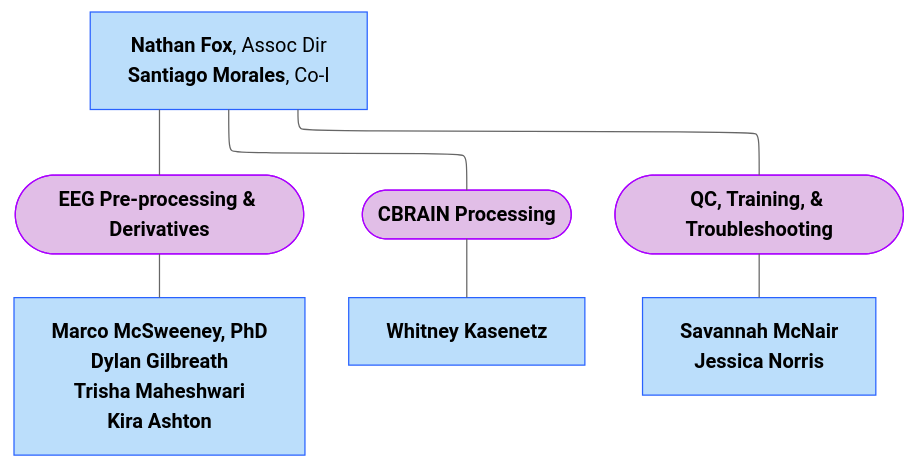
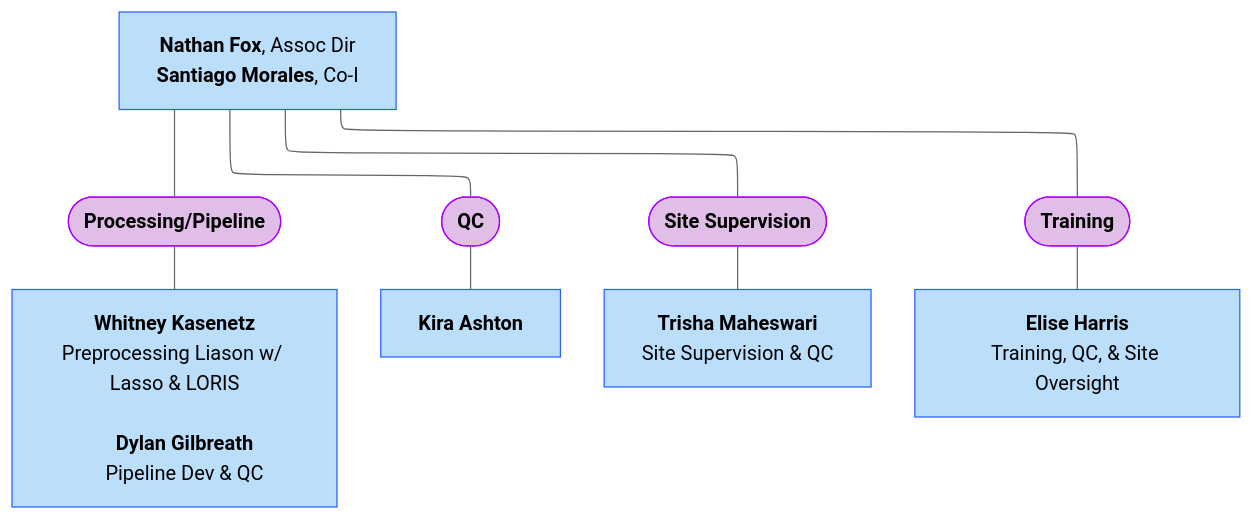
The fourth of 9 diagrams in docs/orgcharts.md (DCAN-Labs/hbcd-docs-internal), drawn with Mermaid (neutral theme) before and after one commit. The commit also changed 1 other file, not shown here.

Commit message:
update EEG

````diff
--- a/docs/orgcharts.md
+++ b/docs/orgcharts.md
@@ -217,21 +217,24 @@
 ```mermaid
 ---
 config:
   layout: elk
 ---
 flowchart TB
-    n17(["<b>EEG Pre-processing &amp; Derivatives</b>"]) --- n19["<b>Marco McSweeney, PhD</b>
+    n16["<b>Nathan Fox</b>, Assoc Dir<br><b>Santiago Morales</b>, Co-I"] --- n17(["<b>Processing/Pipeline</b>"]) & n19(["<b>QC</b>"]) 
+    n16 --- n21(["<b>Site Supervision</b>"]) & n22(["<b>Training</b>"])
+    n17 --- n18["<b>Whitney Kasenetz</b><br>Preprocessing Liason w/ Lasso &amp; LORIS<br>
     <b>Dylan Gilbreath</b>
-    <b>Trisha Maheshwari</b>
-    <b>Kira Ashton</b>"]
-    n18(["<b>CBRAIN Processing</b>"]) --- n20["<b>Whitney Kasenetz</b>"]
-    n21(["<b>QC, Training, &amp; Troubleshooting</b>"]) --- n22["<b>Savannah McNair<br>Jessica Norris</b>"]
-    n16["<b>Nathan Fox</b>, Assoc Dir<br><b>Santiago Morales</b>, Co-I"] --- n21 & n17 & n18
+    Pipeline Dev &amp; QC"]
+    n19 --- n27["<b>Kira Ashton</b>"]
+    n21 --- n20["<b>Trisha Maheswari</b><br>Site Supervision &amp; QC"]
+    n22 --- n24["<b>Elise Harris<br></b>Training, QC, &amp; Site Oversight"]
+    style n16 fill:#BBDEFB,stroke:#2962FF
     style n17 fill:#E1BEE7,stroke:#AA00FF
-    style n19 fill:#BBDEFB,stroke:#2962FF
-    style n18 fill:#E1BEE7,stroke:#AA00FF
+    style n19 fill:#E1BEE7,stroke:#AA00FF
+    style n21 fill:#E1BEE7,stroke:#AA00FF
+    style n22 fill:#E1BEE7,stroke:#AA00FF
+    style n18 fill:#BBDEFB,stroke:#2962FF
+    style n27 fill:#BBDEFB,stroke:#2962FF
     style n20 fill:#BBDEFB,stroke:#2962FF
-    style n21 fill:#E1BEE7,stroke:#AA00FF
-    style n22 fill:#BBDEFB,stroke:#2962FF
-    style n16 fill:#BBDEFB,stroke:#2962FF
+    style n24 fill:#BBDEFB,stroke:#2962FF
 ```
````
